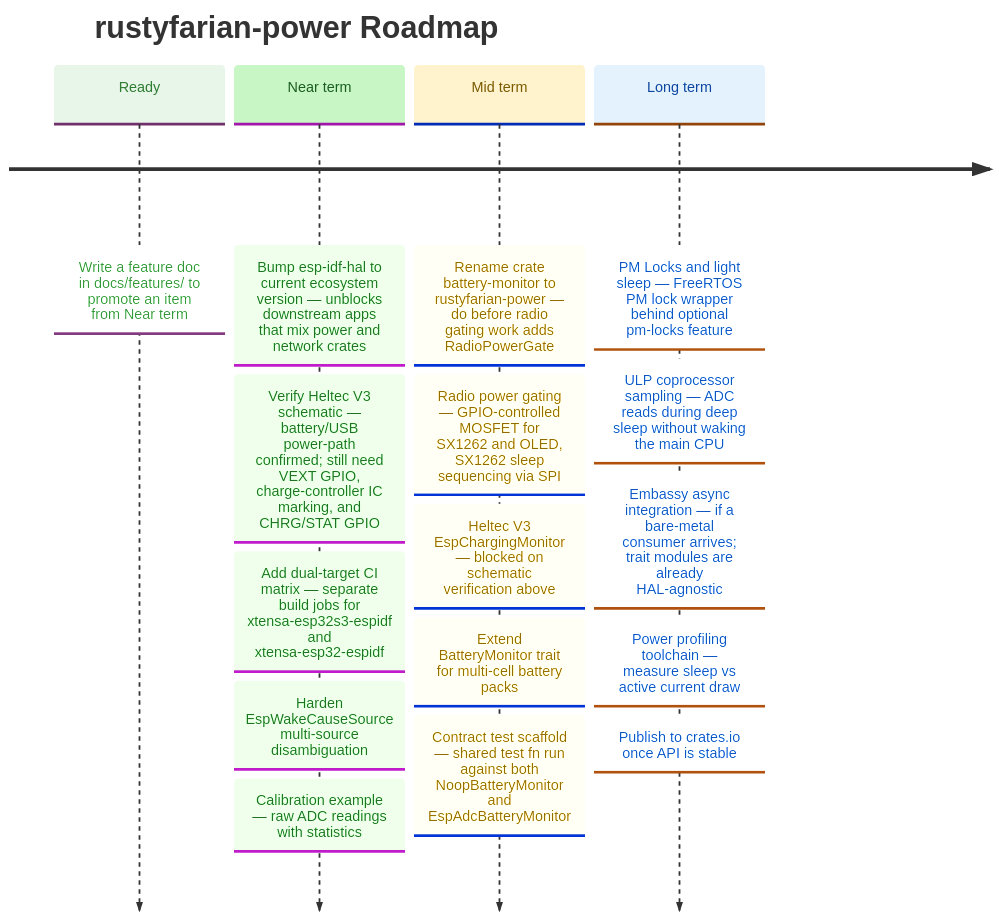
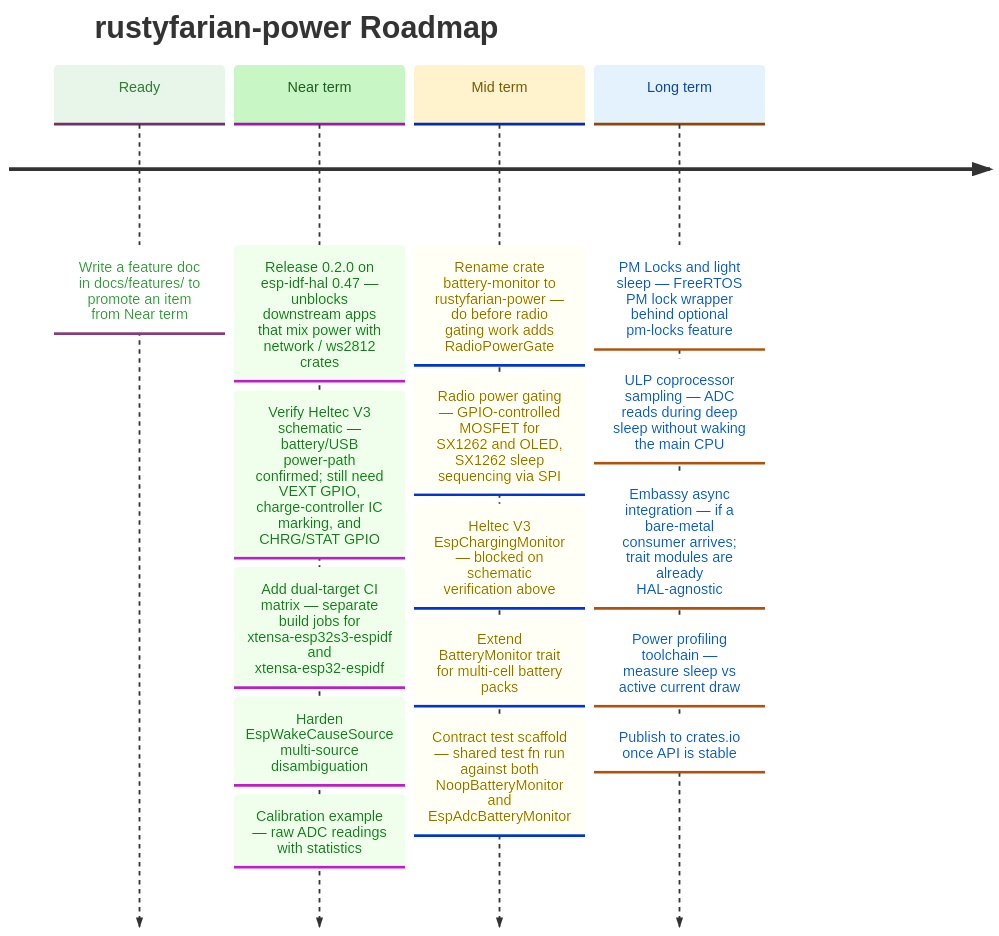
One commit to datenkollektiv/rustyfarian-power changed the diagram in docs/ROADMAP.md. Above: the diagram before and after it, drawn with Mermaid. The commit also changed other lines of this file and 11 other files, not shown here.

Commit message:
Upgrade ESP-IDF stack and related crates

````diff
--- a/docs/ROADMAP.md
+++ b/docs/ROADMAP.md
@@ -10,38 +11,38 @@
 ```mermaid
 %%{init: {
   "theme": "base",
   "themeVariables": {
     "cScale0": "#e8f5e9",
     "cScaleLabel0": "#2e7d32",
     "cScale1": "#c8f7c5",
     "cScaleLabel1": "#1b5e20",
     "cScale2": "#fff3cd",
     "cScaleLabel2": "#7a5a00",
     "cScale3": "#e3f2fd",
     "cScaleLabel3": "#0d47a1"
   }
 }}%%
 
 timeline
     title rustyfarian-power Roadmap
 
     Ready     : Write a feature doc in docs/features/ to promote an item from Near term
 
-    Near term : Bump esp-idf-hal to current ecosystem version — unblocks downstream apps that mix power and network crates
+    Near term : Release 0.2.0 on esp-idf-hal 0.47 — unblocks downstream apps that mix power with network / ws2812 crates
               : Verify Heltec V3 schematic — battery/USB power-path confirmed; still need VEXT GPIO, charge-controller IC marking, and CHRG/STAT GPIO
               : Add dual-target CI matrix — separate build jobs for xtensa-esp32s3-espidf and xtensa-esp32-espidf
               : Harden EspWakeCauseSource multi-source disambiguation
               : Calibration example — raw ADC readings with statistics
 
     Mid term  : Rename crate battery-monitor to rustyfarian-power — do before radio gating work adds RadioPowerGate
               : Radio power gating — GPIO-controlled MOSFET for SX1262 and OLED, SX1262 sleep sequencing via SPI
               : Heltec V3 EspChargingMonitor — blocked on schematic verification above
               : Extend BatteryMonitor trait for multi-cell battery packs
               : Contract test scaffold — shared test fn run against both NoopBatteryMonitor and EspAdcBatteryMonitor
 
     Long term : PM Locks and light sleep — FreeRTOS PM lock wrapper behind optional pm-locks feature
               : ULP coprocessor sampling — ADC reads during deep sleep without waking the main CPU
               : Embassy async integration — if a bare-metal consumer arrives; trait modules are already HAL-agnostic
               : Power profiling toolchain — measure sleep vs active current draw
               : Publish to crates.io once API is stable
 ```
````
